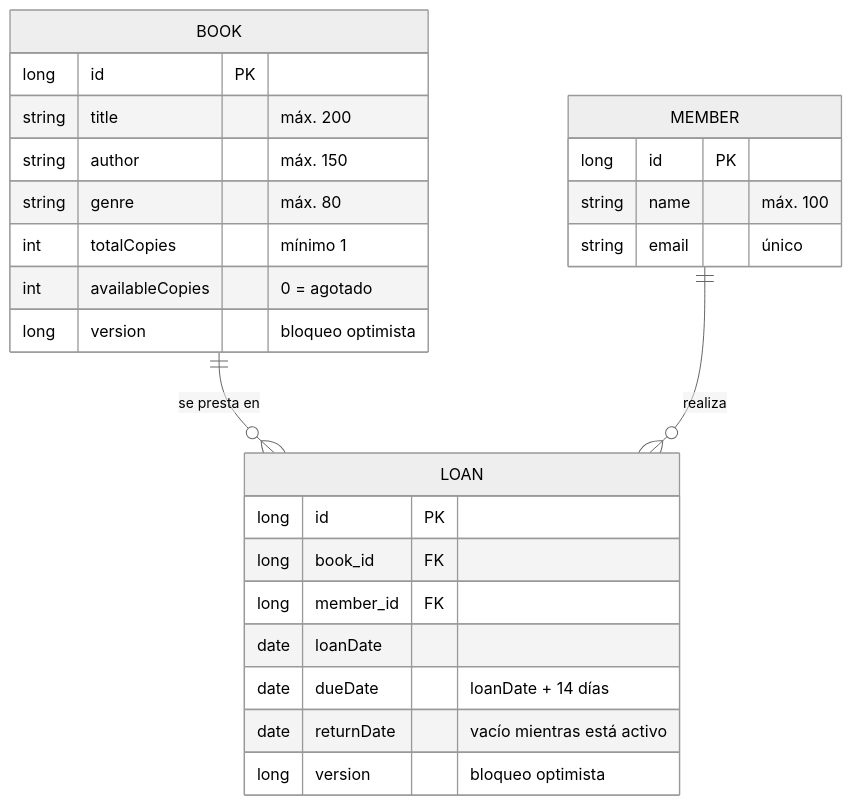
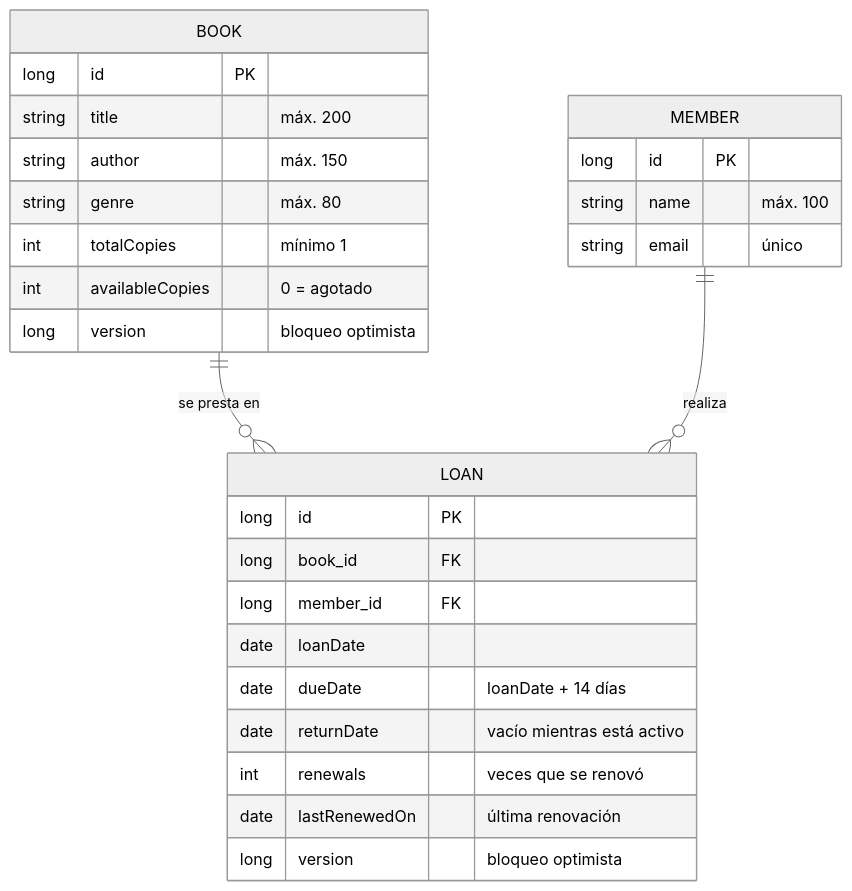
Before and after one commit to zseuz/biblioteca: the third of 11 diagrams in README.md, drawn with Mermaid (neutral theme). The commit also changed other lines of this file, not shown here.

First line of the commit message:
docs(readme): préstamo repetido y renovación

````diff
--- a/README.md
+++ b/README.md
@@ -270,28 +275,30 @@
 ```mermaid
 erDiagram
     BOOK ||--o{ LOAN : "se presta en"
     MEMBER ||--o{ LOAN : "realiza"
     BOOK {
         long id PK
         string title "máx. 200"
         string author "máx. 150"
         string genre "máx. 80"
         int totalCopies "mínimo 1"
         int availableCopies "0 = agotado"
         long version "bloqueo optimista"
     }
     MEMBER {
         long id PK
         string name "máx. 100"
         string email "único"
     }
     LOAN {
         long id PK
         long book_id FK
         long member_id FK
         date loanDate
         date dueDate "loanDate + 14 días"
         date returnDate "vacío mientras está activo"
+        int renewals "veces que se renovó"
+        date lastRenewedOn "última renovación"
         long version "bloqueo optimista"
     }
 ```
````
